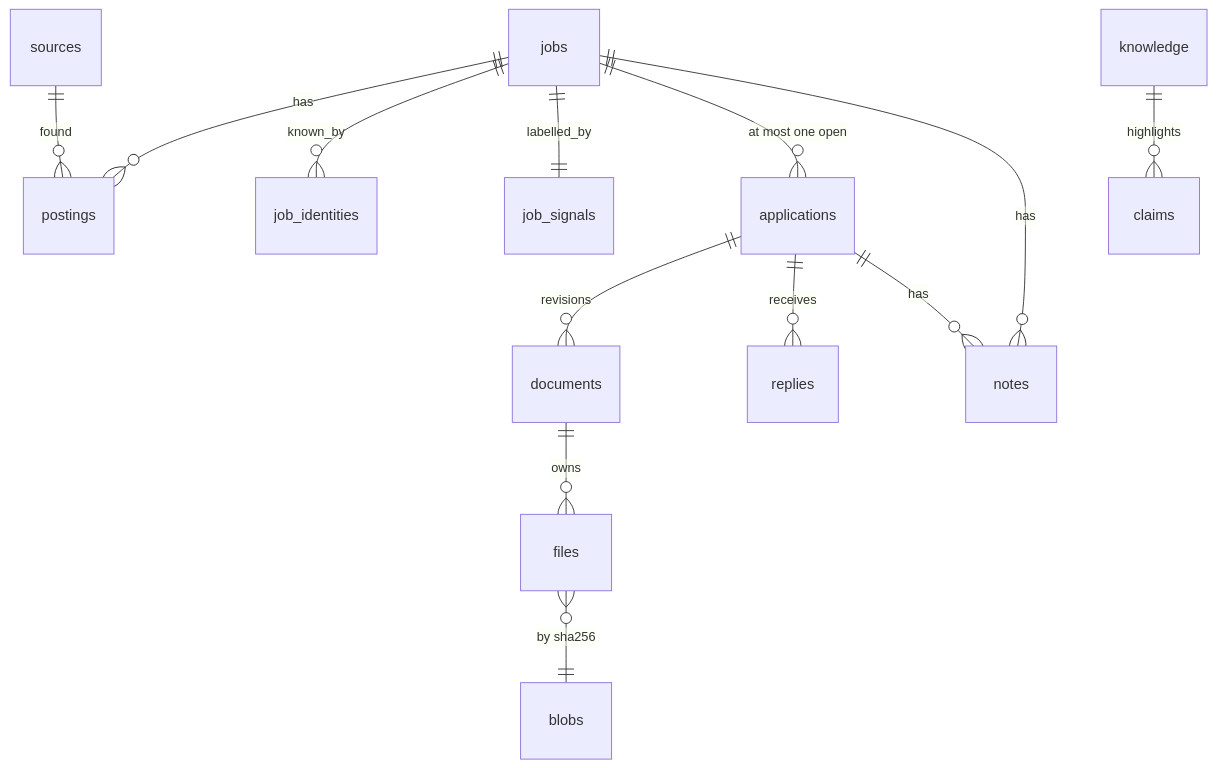
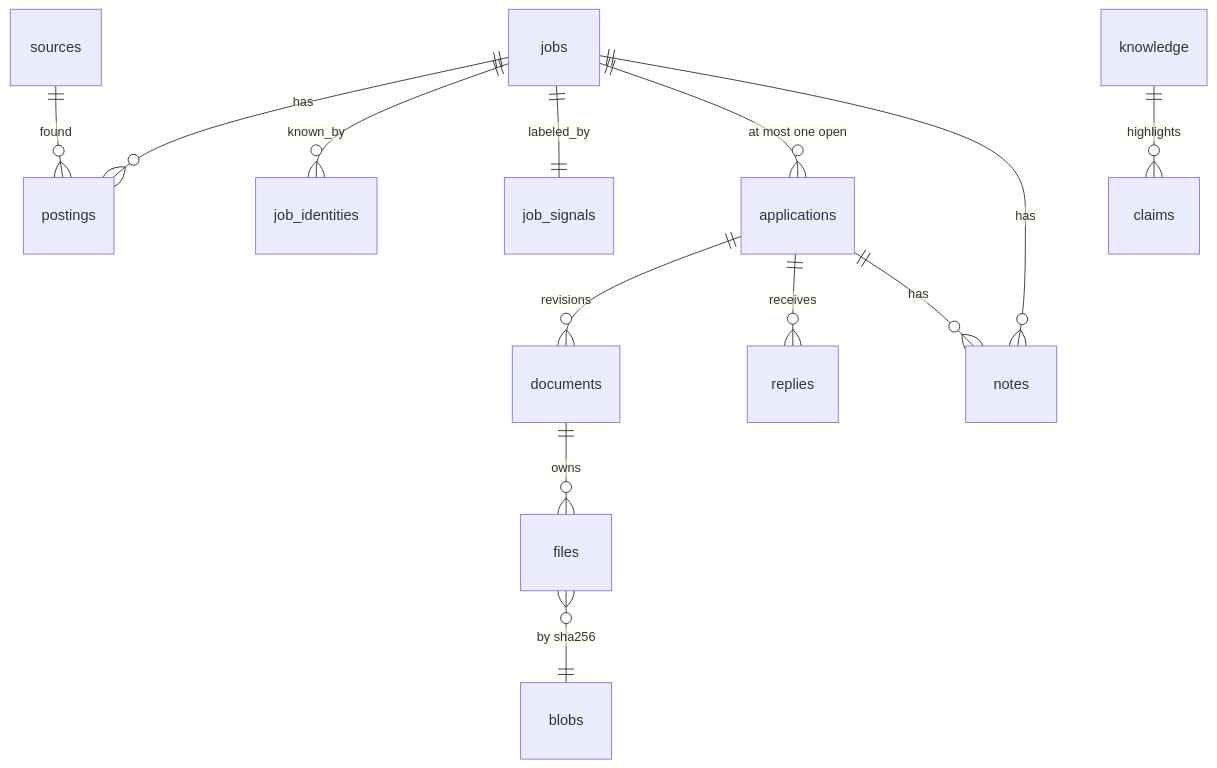
Before and after one commit to VincenzoImp/openings: the second of 2 diagrams in docs/developer/architecture.md, drawn with Mermaid. The commit also changed other lines of this file and 21 other files, not shown here.

````diff
--- a/docs/developer/architecture.md
+++ b/docs/developer/architecture.md
@@ -42,15 +41,15 @@
 ```mermaid
 erDiagram
   sources ||--o{ postings : found
   jobs ||--o{ postings : has
   jobs ||--o{ job_identities : known_by
-  jobs ||--|| job_signals : labelled_by
+  jobs ||--|| job_signals : labeled_by
   jobs ||--o{ applications : "at most one open"
   applications ||--o{ documents : revisions
   applications ||--o{ replies : receives
   documents ||--o{ files : owns
   files }o--|| blobs : "by sha256"
   jobs ||--o{ notes : has
   applications ||--o{ notes : has
   knowledge ||--o{ claims : highlights
 ```
````
